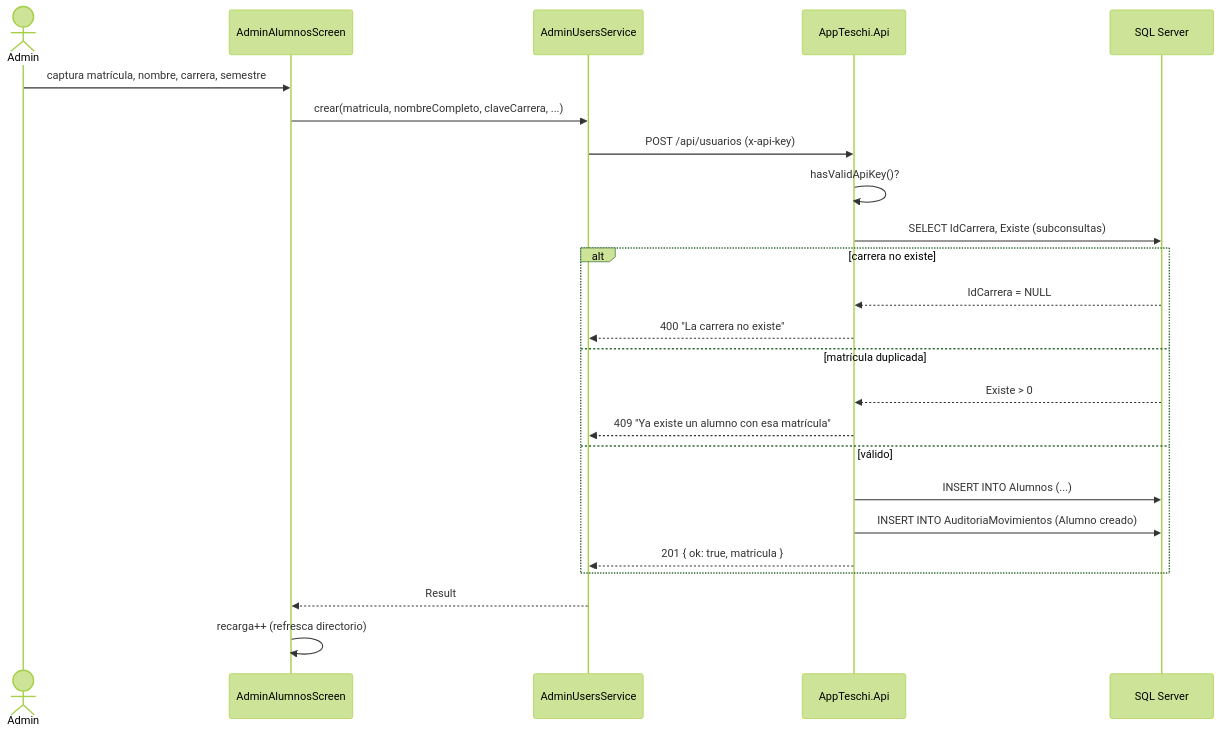
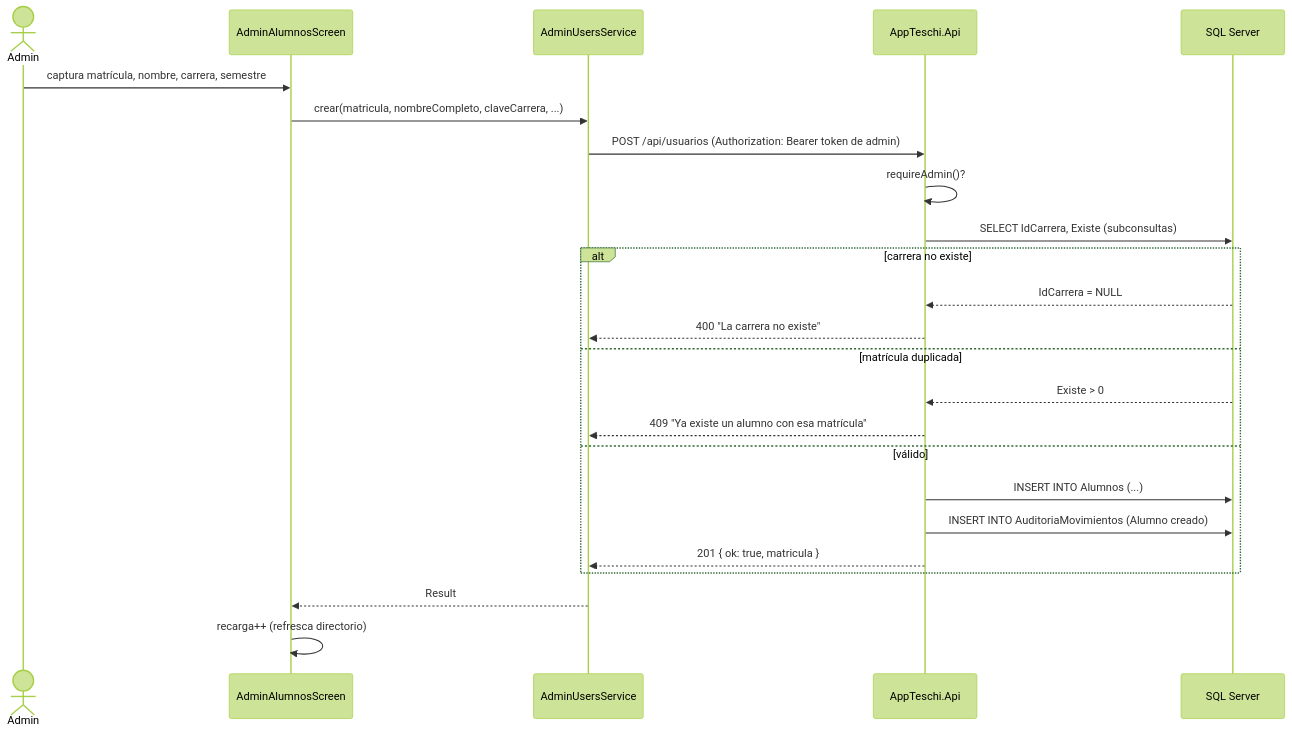
The third of 6 diagrams in Cerebro_AppEscolar/09_ANALISIS_Y_DISENO/03_Diagramas_Secuencia.md (KevinSV-asv/App-Teschi), drawn with Mermaid (forest theme) before and after one commit. The commit also changed other lines of this file and 220 other files, not shown here.

````diff
--- a/Cerebro_AppEscolar/09_ANALISIS_Y_DISENO/03_Diagramas_Secuencia.md
+++ b/Cerebro_AppEscolar/09_ANALISIS_Y_DISENO/03_Diagramas_Secuencia.md
@@ -72,27 +98,27 @@
 ```mermaid
 sequenceDiagram
     actor Admin
     participant Pantalla as AdminAlumnosScreen
     participant Svc as AdminUsersService
     participant API as AppTeschi.Api
     participant DB as SQL Server
 
     Admin->>Pantalla: captura matrícula, nombre, carrera, semestre
     Pantalla->>Svc: crear(matricula, nombreCompleto, claveCarrera, ...)
-    Svc->>API: POST /api/usuarios (x-api-key)
-    API->>API: hasValidApiKey()?
+    Svc->>API: POST /api/usuarios (Authorization: Bearer token de admin)
+    API->>API: requireAdmin()?
     API->>DB: SELECT IdCarrera, Existe (subconsultas)
     alt carrera no existe
         DB-->>API: IdCarrera = NULL
         API-->>Svc: 400 "La carrera no existe"
     else matrícula duplicada
         DB-->>API: Existe > 0
         API-->>Svc: 409 "Ya existe un alumno con esa matrícula"
     else válido
         API->>DB: INSERT INTO Alumnos (...)
         API->>DB: INSERT INTO AuditoriaMovimientos (Alumno creado)
         API-->>Svc: 201 { ok: true, matricula }
     end
     Svc-->>Pantalla: Result
     Pantalla->>Pantalla: recarga++ (refresca directorio)
 ```
````
